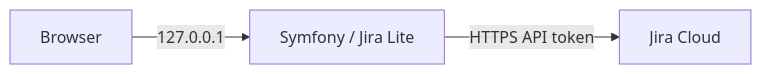
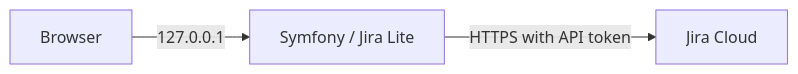
The diagram in README.md (tblt-gr/jira-lite), drawn with Mermaid before and after one commit. The commit also changed other lines of this file, not shown here.

````diff
--- a/README.md
+++ b/README.md
@@ -10,5 +55,5 @@
 ```mermaid
 flowchart LR
     Browser[Browser] -->|127.0.0.1| App[Symfony / Jira Lite]
-    App -->|HTTPS API token| Jira[Jira Cloud]
+    App -->|HTTPS with API token| Jira[Jira Cloud]
 ```
````
